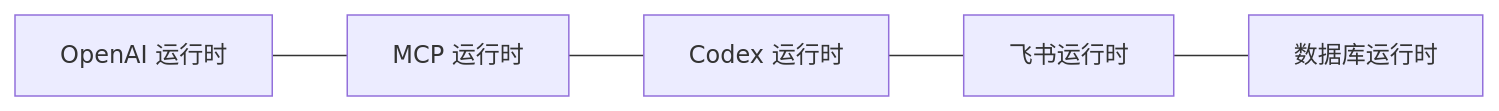
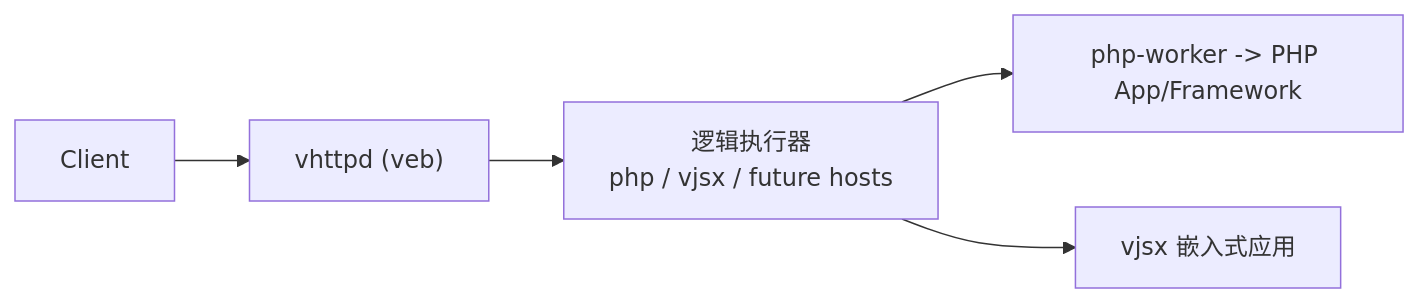
One commit to guweigang/vhttpd changed the fifth of 6 diagrams in .qoder/repowiki/zh/content/项目概述/项目概述.md. Above: the diagram before and after it, drawn with Mermaid. The commit also changed other lines of this file and 697 other files, not shown here.

````diff
--- a/.qoder/repowiki/zh/content/项目概述/项目概述.md
+++ b/.qoder/repowiki/zh/content/项目概述/项目概述.md
@@ -371,7 +249,7 @@
 ```mermaid
-graph LR
-O["OpenAI 运行时"] --- M["MCP 运行时"]
-M --- C["Codex 运行时"]
-C --- F["飞书运行时"]
-F --- D["数据库运行时"]
+flowchart LR
+A["Client"] --> B["vhttpd (veb)"]
+B --> C["逻辑执行器<br/>php / vjsx / future hosts"]
+C --> D["php-worker -> PHP App/Framework"]
+C --> E["vjsx 嵌入式应用"]
 ```
````
